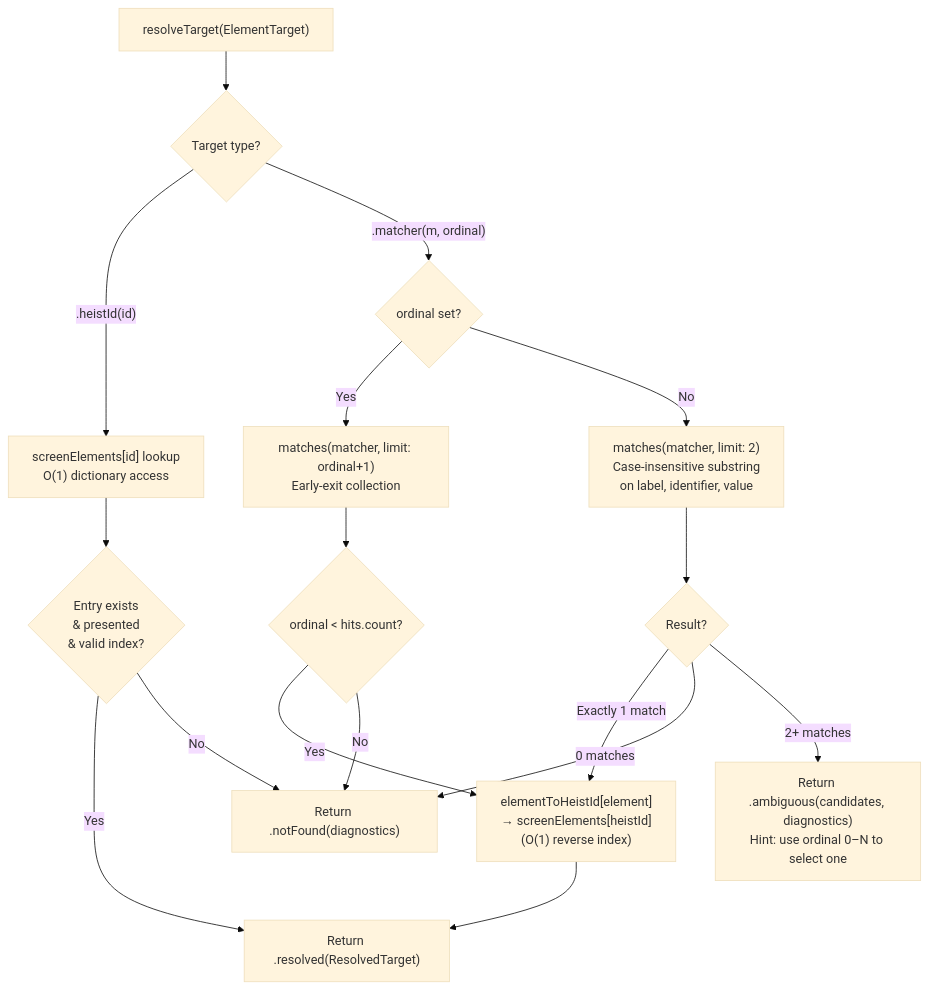
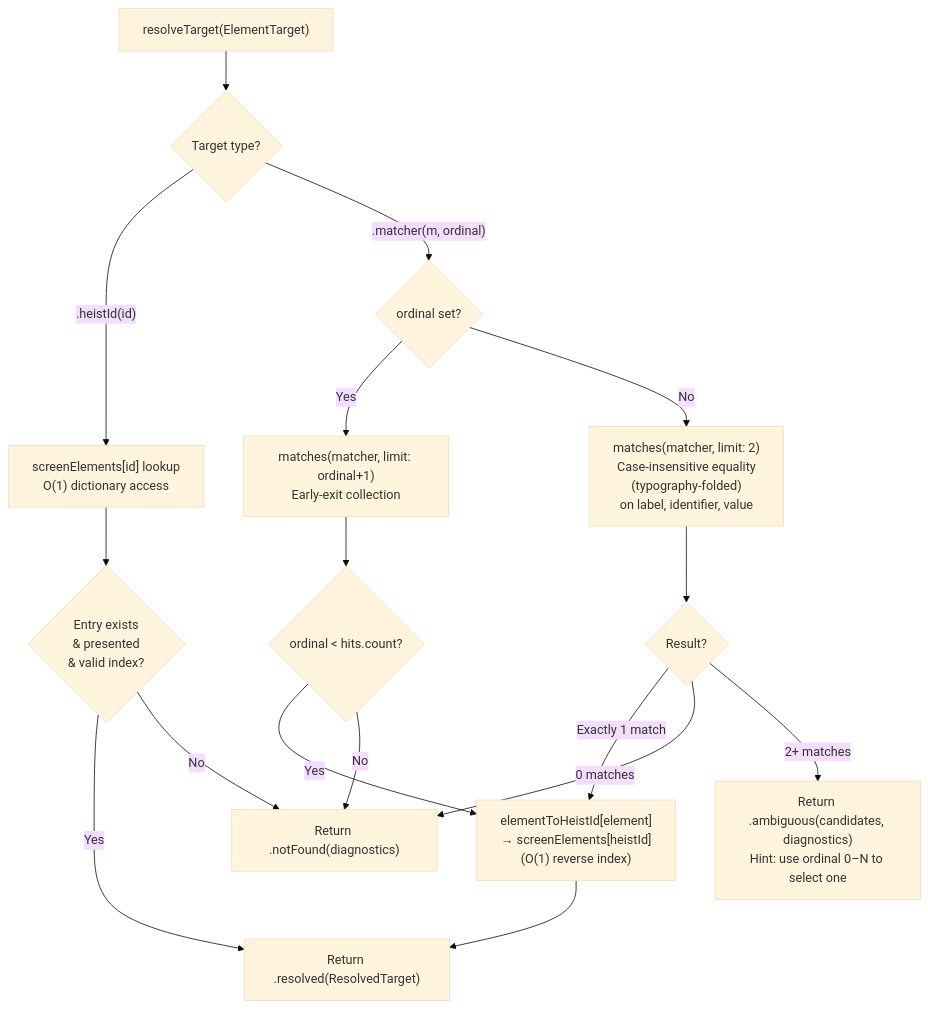
Before and after one commit to RoyalPineapple/TheButtonHeist: the second of 2 diagrams in docs/dossiers/12-UNIFIED-TARGETING.md, drawn with Mermaid (base theme). The commit also changed other lines of this file and 15 other files, not shown here.

````diff
--- a/docs/dossiers/12-UNIFIED-TARGETING.md
+++ b/docs/dossiers/12-UNIFIED-TARGETING.md
@@ -111,21 +111,21 @@
 ```mermaid
 flowchart TD
     A["resolveTarget(ElementTarget)"] --> B{Target type?}
     B -->|".heistId(id)"| C["screenElements[id] lookup<br/>O(1) dictionary access"]
     C --> D{Entry exists<br/>& presented<br/>& valid index?}
     D -->|Yes| E["Return .resolved(ResolvedTarget)"]
     D -->|No| F["Return .notFound(diagnostics)"]
 
     B -->|".matcher(m, ordinal)"| G{ordinal set?}
     G -->|Yes| ORD["matches(matcher, limit: ordinal+1)<br/>Early-exit collection"]
     ORD --> ORDCHK{ordinal < hits.count?}
     ORDCHK -->|Yes| J["elementToHeistId[element]<br/>→ screenElements[heistId]<br/>(O(1) reverse index)"]
     J --> E
     ORDCHK -->|No| F
 
-    G -->|No| H["matches(matcher, limit: 2)<br/>Case-insensitive substring<br/>on label, identifier, value"]
+    G -->|No| H["matches(matcher, limit: 2)<br/>Case-insensitive equality<br/>(typography-folded)<br/>on label, identifier, value"]
     H --> I{Result?}
     I -->|Exactly 1 match| J
     I -->|0 matches| F
     I -->|2+ matches| AMB["Return .ambiguous(candidates, diagnostics)<br/>Hint: use ordinal 0–N to select one"]
 ```
````
